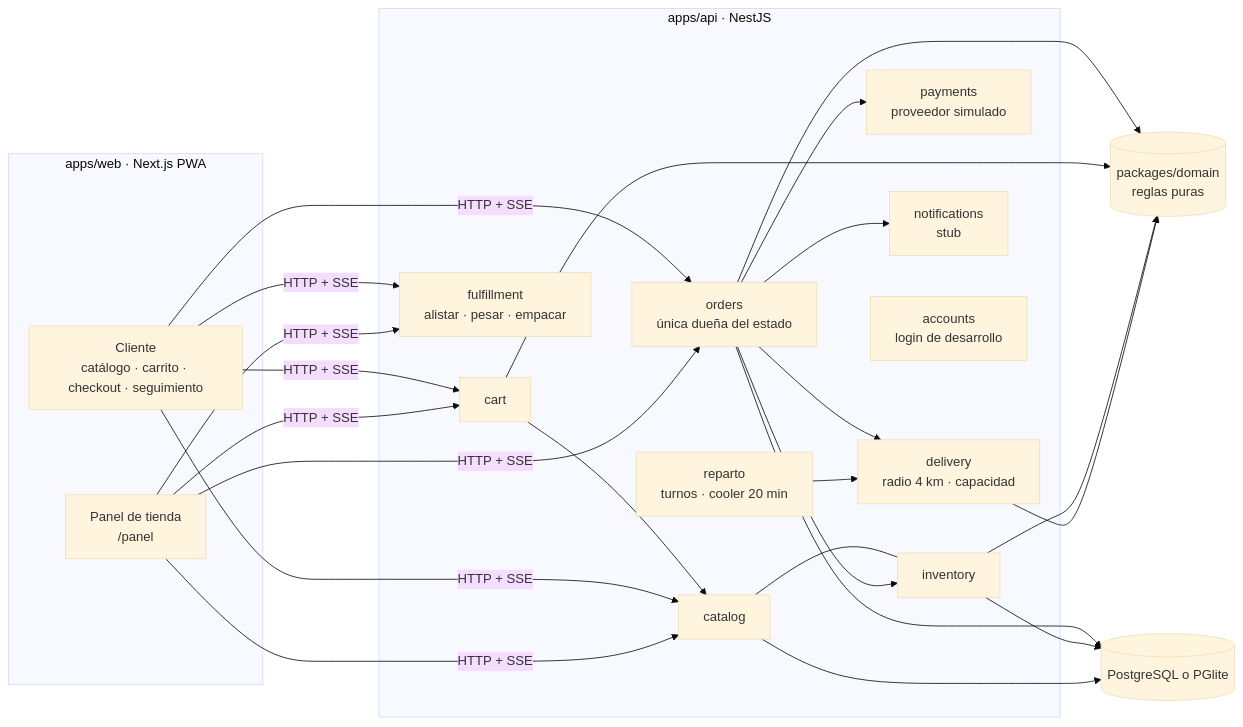
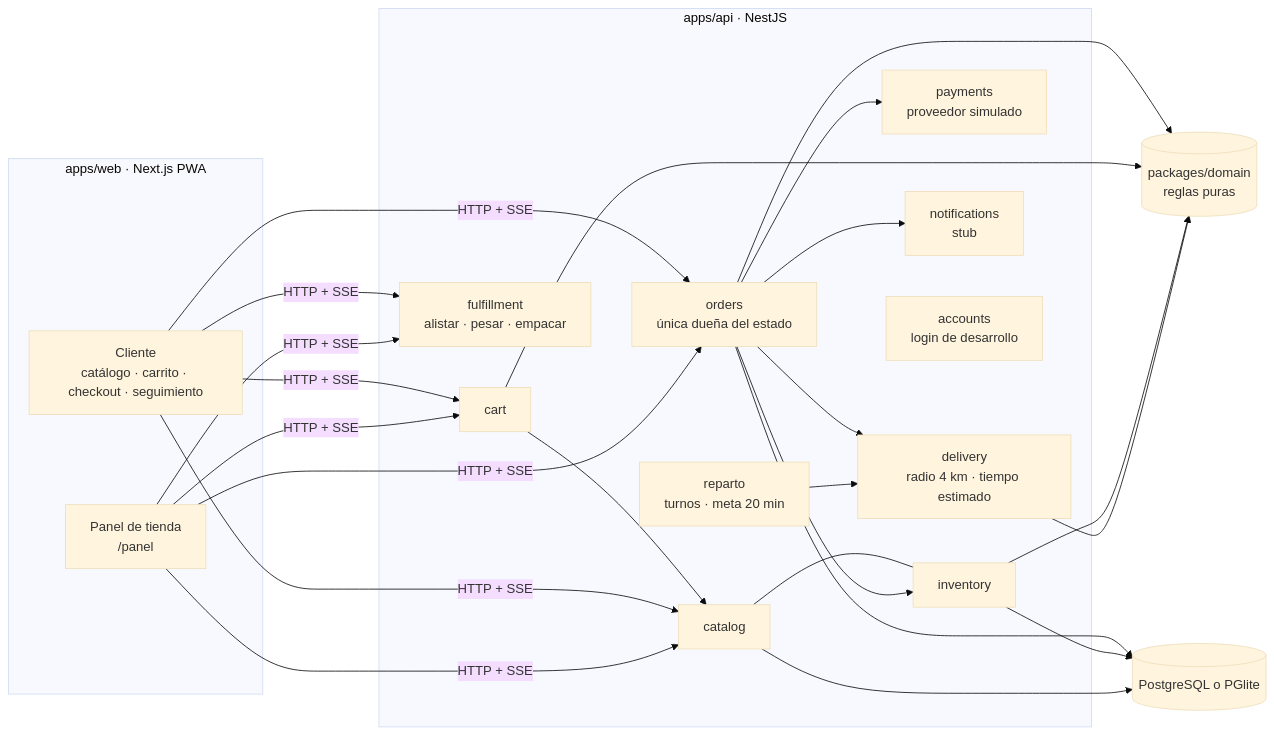
Before and after one commit to jorgebsi1/Repo-7: the diagram in docs/14-arquitectura-del-esqueleto.md, drawn with Mermaid (base theme). The commit also changed other lines of this file and 33 other files, not shown here.

````diff
--- a/docs/14-arquitectura-del-esqueleto.md
+++ b/docs/14-arquitectura-del-esqueleto.md
@@ -6,25 +6,25 @@
 ```mermaid
 flowchart LR
   subgraph WEB[apps/web · Next.js PWA]
     C[Cliente<br/>catálogo · carrito · checkout · seguimiento]
     P[Panel de tienda<br/>/panel]
   end
   subgraph API[apps/api · NestJS]
     CAT[catalog] --- INV[inventory]
     CART[cart] --> CAT
     ORD[orders<br/>única dueña del estado]
     FUL[fulfillment<br/>alistar · pesar · empacar]
     PAY[payments<br/>proveedor simulado]
-    DEL[delivery<br/>radio 4 km · capacidad]
-    REP[reparto<br/>turnos · cooler 20 min]
+    DEL[delivery<br/>radio 4 km · tiempo estimado]
+    REP[reparto<br/>turnos · meta 20 min]
     NOT[notifications<br/>stub]
     ACC[accounts<br/>login de desarrollo]
   end
   DOM[(packages/domain<br/>reglas puras)]
   DB[(PostgreSQL o PGlite)]
   C & P -->|HTTP + SSE| ORD & CART & CAT & FUL
   ORD --> INV & PAY & NOT & DEL
   REP --> DEL
   ORD & CART & INV & DEL --> DOM
   ORD & INV & CAT --> DB
 ```
````
